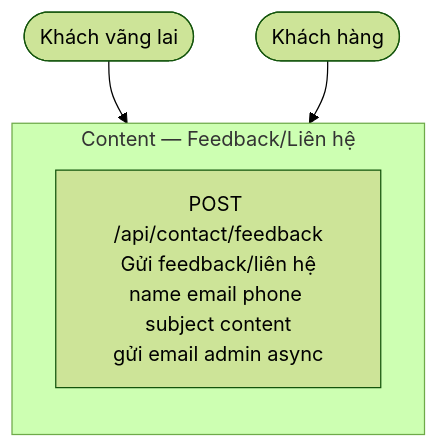
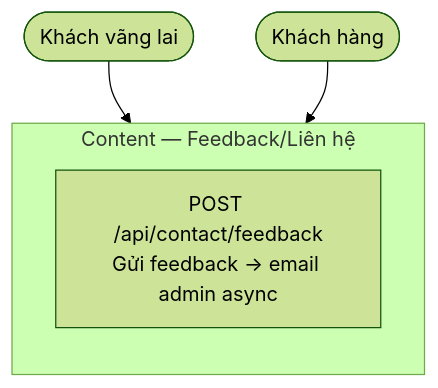
Diagram 19 of 47 in DIAGRAMS.md (MinhThang1009/E-commerce-website), drawn with Mermaid (forest theme) before and after one commit. The commit also changed other lines of this file and 67 other files, not shown here.

````diff
--- a/DIAGRAMS.md
+++ b/DIAGRAMS.md
@@ -347,13 +582,13 @@
 ```mermaid
 flowchart TB
     Guest(["Khách vãng lai"])
     Customer(["Khách hàng"])
 
     subgraph CONTENT["Content — Feedback/Liên hệ"]
         direction TB
-        CN1["POST /api/contact/feedback\nGửi feedback/liên hệ\nname email phone subject content\ngửi email admin async"]
+        CN1["POST /api/contact/feedback<br/>Gửi feedback → email admin async"]
     end
 
     Guest --> CN1
     Customer --> CN1
 ```
````
